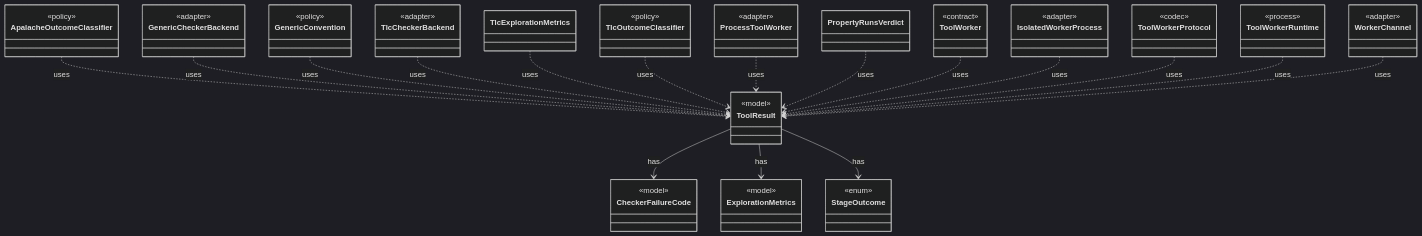
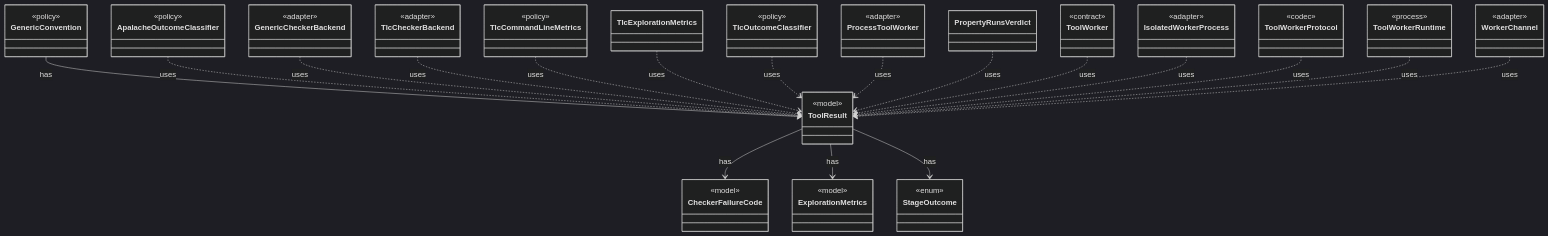
The diagram in dev/types/io.github.tlaplus.hardening.workflow.worker.ToolResult.md (tlaplus/model-checker-hardening), drawn with Mermaid (dark theme) before and after one commit. The commit also changed other lines of this file and 425 other files, not shown here.

````diff
--- a/dev/types/io.github.tlaplus.hardening.workflow.worker.ToolResult.md
+++ b/dev/types/io.github.tlaplus.hardening.workflow.worker.ToolResult.md
@@ -7,66 +7,70 @@
 ```mermaid
 classDiagram
   class ToolResult {
     <<model>>
   }
   class CheckerFailureCode {
     <<model>>
   }
   class ExplorationMetrics {
     <<model>>
   }
   class StageOutcome {
     <<enum>>
   }
+  class GenericConvention {
+    <<policy>>
+  }
   class ApalacheOutcomeClassifier {
     <<policy>>
   }
   class GenericCheckerBackend {
     <<adapter>>
   }
-  class GenericConvention {
-    <<policy>>
-  }
   class TlcCheckerBackend {
     <<adapter>>
+  }
+  class TlcCommandLineMetrics {
+    <<policy>>
   }
   class TlcExplorationMetrics
   class TlcOutcomeClassifier {
     <<policy>>
   }
   class ProcessToolWorker {
     <<adapter>>
   }
   class PropertyRunsVerdict
   class ToolWorker {
     <<contract>>
   }
   class IsolatedWorkerProcess {
     <<adapter>>
   }
   class ToolWorkerProtocol {
     <<codec>>
   }
   class ToolWorkerRuntime {
     <<process>>
   }
   class WorkerChannel {
     <<adapter>>
   }
   ToolResult --> CheckerFailureCode : has
   ToolResult --> ExplorationMetrics : has
   ToolResult --> StageOutcome : has
+  GenericConvention --> ToolResult : has
   ApalacheOutcomeClassifier ..> ToolResult : uses
   GenericCheckerBackend ..> ToolResult : uses
-  GenericConvention ..> ToolResult : uses
   TlcCheckerBackend ..> ToolResult : uses
+  TlcCommandLineMetrics ..> ToolResult : uses
   TlcExplorationMetrics ..> ToolResult : uses
   TlcOutcomeClassifier ..> ToolResult : uses
   ProcessToolWorker ..> ToolResult : uses
   PropertyRunsVerdict ..> ToolResult : uses
   ToolWorker ..> ToolResult : uses
   IsolatedWorkerProcess ..> ToolResult : uses
   ToolWorkerProtocol ..> ToolResult : uses
   ToolWorkerRuntime ..> ToolResult : uses
   WorkerChannel ..> ToolResult : uses
 ```
````
